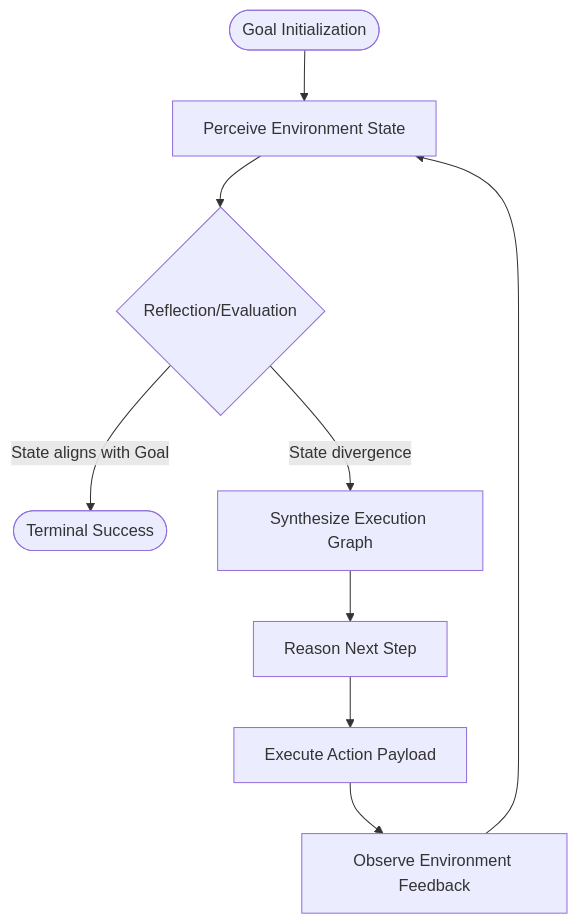
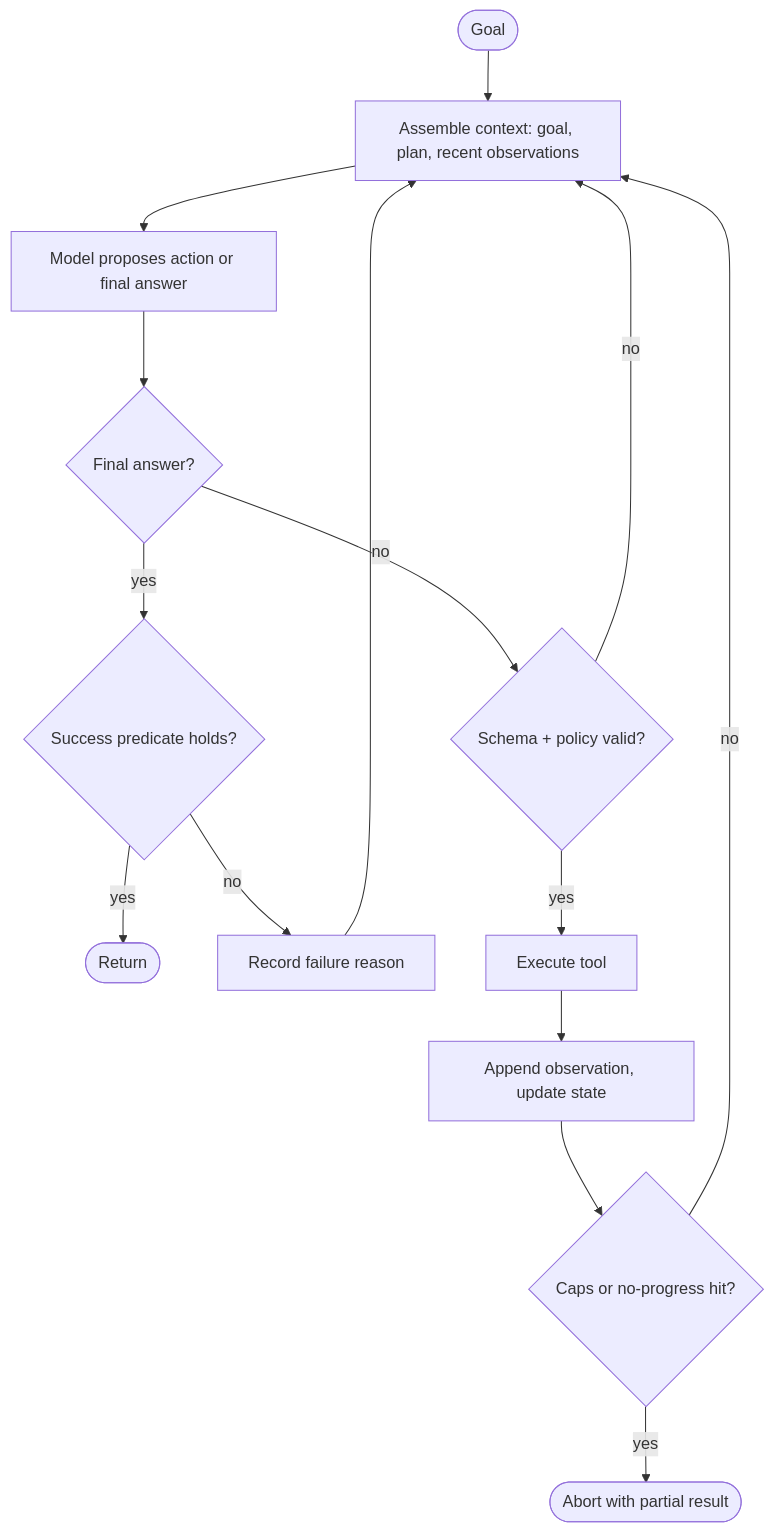
The diagram in skills/ai/ai-agents/core-architectures/SKILL.md (j4flmao/agent-skills), drawn with Mermaid before and after one commit. The commit also changed other lines of this file and 1218 other files, not shown here.

````diff
--- a/skills/ai/ai-agents/core-architectures/SKILL.md
+++ b/skills/ai/ai-agents/core-architectures/SKILL.md
@@ -30,12 +46,15 @@
 ```mermaid
-%%{init: {"theme": "default", "flowchart": {"useMaxWidth": true}}}%%
 flowchart TD
-    Start([Goal Initialization]) --> Perceive
-    Perceive[Perceive Environment State] --> Reflect{Reflection/Evaluation}
-    Reflect -- "State aligns with Goal" --> Success([Terminal Success])
-    Reflect -- "State divergence" --> Plan[Synthesize Execution Graph]
-    Plan --> Think[Reason Next Step]
-    Think --> Act[Execute Action Payload]
-    Act --> Observe[Observe Environment Feedback]
-    Observe --> Perceive
+    Start([Goal]) --> Ctx[Assemble context: goal, plan, recent observations]
+    Ctx --> Decide[Model proposes action or final answer]
+    Decide --> Check{Final answer?}
+    Check -- yes --> Verify{Success predicate holds?}
+    Verify -- yes --> Done([Return])
+    Verify -- no --> Reflect[Record failure reason] --> Ctx
+    Check -- no --> Validate{Schema + policy valid?}
+    Validate -- no --> Ctx
+    Validate -- yes --> Exec[Execute tool] --> Obs[Append observation, update state]
+    Obs --> Guard{Caps or no-progress hit?}
+    Guard -- yes --> Abort([Abort with partial result])
+    Guard -- no --> Ctx
 ```
````
